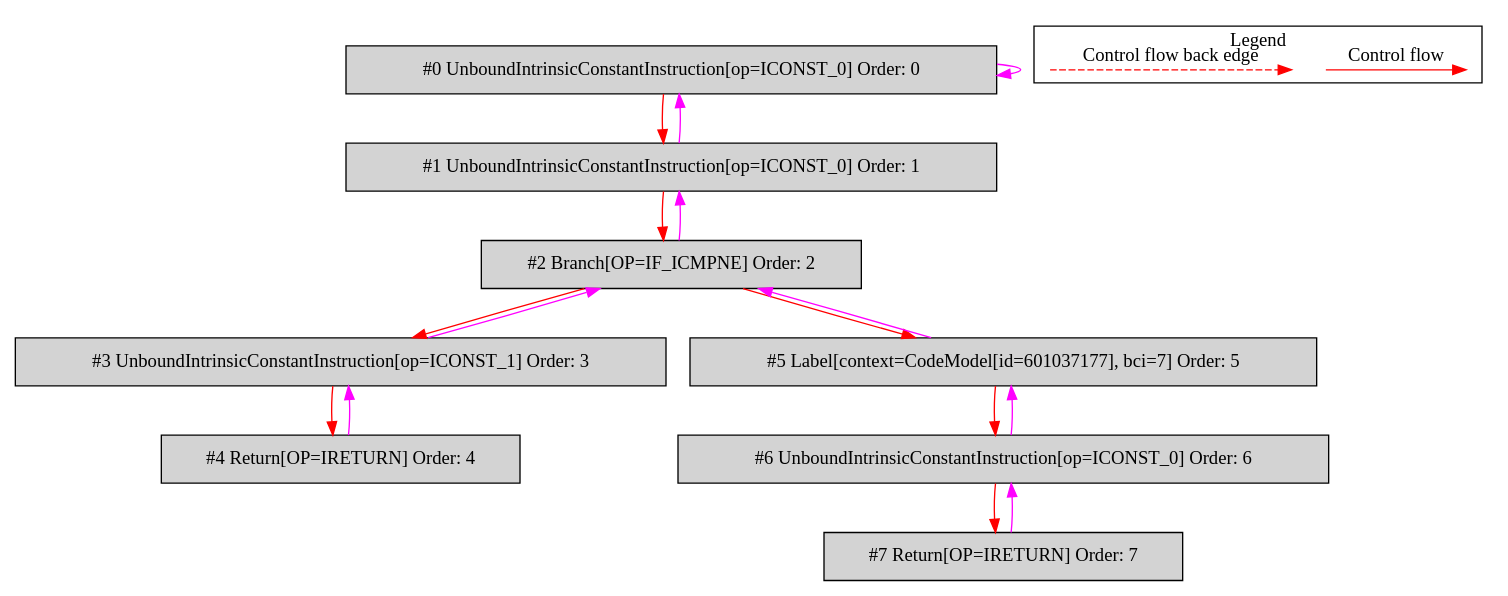
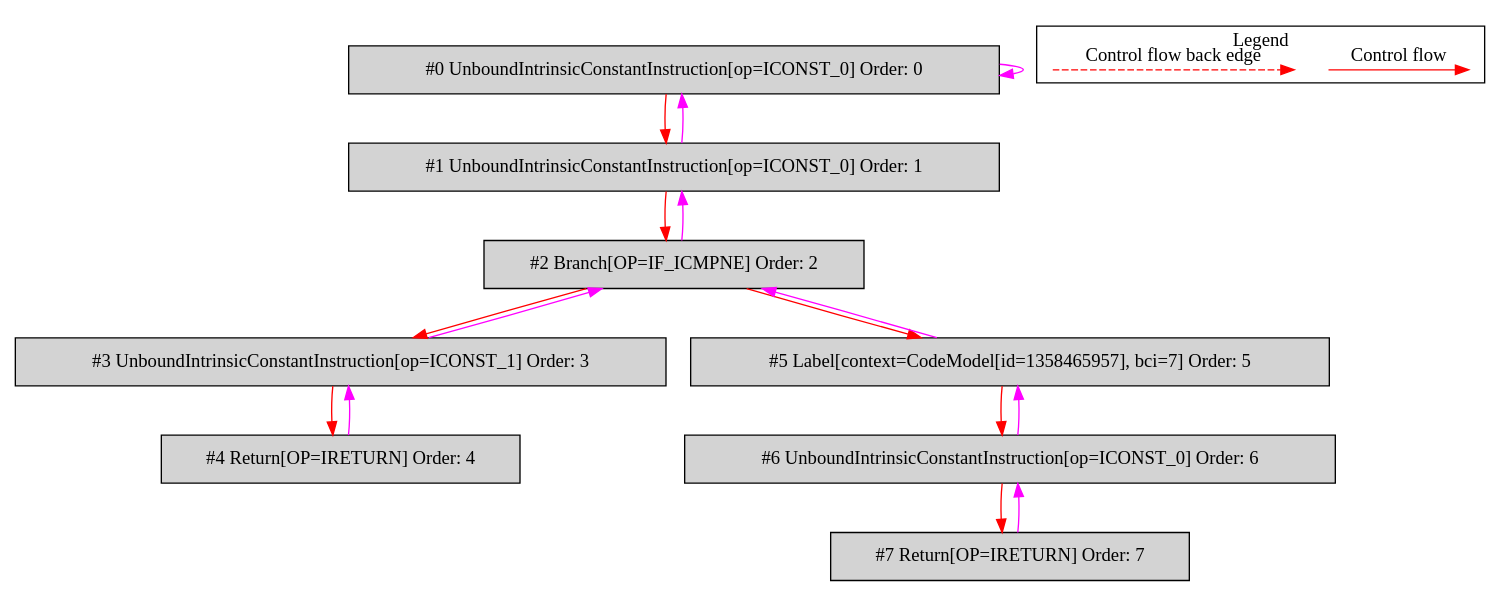
Before and after one commit to mirkosertic/MetaIR: the diagram in de.mirkosertic.metair.ir.OpcodeIFICMPNETest/test_IF_ICMPNE/bytecodecfg.dot, drawn with Graphviz. The commit also changed 722 other files, not shown here.

```diff
--- a/de.mirkosertic.metair.ir.OpcodeIFICMPNETest/test_IF_ICMPNE/bytecodecfg.dot
+++ b/de.mirkosertic.metair.ir.OpcodeIFICMPNETest/test_IF_ICMPNE/bytecodecfg.dot
@@ -1,40 +1,40 @@
 digraph {
  ordering="in";
  node0[label="#0 UnboundIntrinsicConstantInstruction[op=ICONST_0] Order: 0", shape=box, fillcolor=lightgrey, style=filled];
  node1[label="#1 UnboundIntrinsicConstantInstruction[op=ICONST_0] Order: 1", shape=box, fillcolor=lightgrey, style=filled];
  node2[label="#2 Branch[OP=IF_ICMPNE] Order: 2", shape=box, fillcolor=lightgrey, style=filled];
  node3[label="#3 UnboundIntrinsicConstantInstruction[op=ICONST_1] Order: 3", shape=box, fillcolor=lightgrey, style=filled];
  node4[label="#4 Return[OP=IRETURN] Order: 4", shape=box, fillcolor=lightgrey, style=filled];
- node5[label="#5 Label[context=CodeModel[id=601037177], bci=7] Order: 5", shape=box, fillcolor=lightgrey, style=filled];
+ node5[label="#5 Label[context=CodeModel[id=1358465957], bci=7] Order: 5", shape=box, fillcolor=lightgrey, style=filled];
  node6[label="#6 UnboundIntrinsicConstantInstruction[op=ICONST_0] Order: 6", shape=box, fillcolor=lightgrey, style=filled];
  node7[label="#7 Return[OP=IRETURN] Order: 7", shape=box, fillcolor=lightgrey, style=filled];
  node0 -> node0[color=fuchsia];
  node0 -> node1[color=red];
  node1 -> node0[color=fuchsia];
  node1 -> node2[color=red];
  node2 -> node1[color=fuchsia];
  node2 -> node3[color=red];
  node3 -> node2[color=fuchsia];
  node3 -> node4[color=red];
  node4 -> node3[color=fuchsia];
  node2 -> node5[color=red];
  node5 -> node2[color=fuchsia];
  node5 -> node6[color=red];
  node6 -> node5[color=fuchsia];
  node6 -> node7[color=red];
  node7 -> node6[color=fuchsia];
  subgraph cluster_000 {
   label = "Legend";
   node [shape=point]
   {
    rank=same;
    c0 [style = invis];
    c1 [style = invis];
    c2 [style = invis];
    c3 [style = invis];
   }
   c0 -> c1 [label="Control flow", style=solid, color=red]
   c2 -> c3 [label="Control flow back edge", style=dashed, color=red]
  }
 
 }
```
